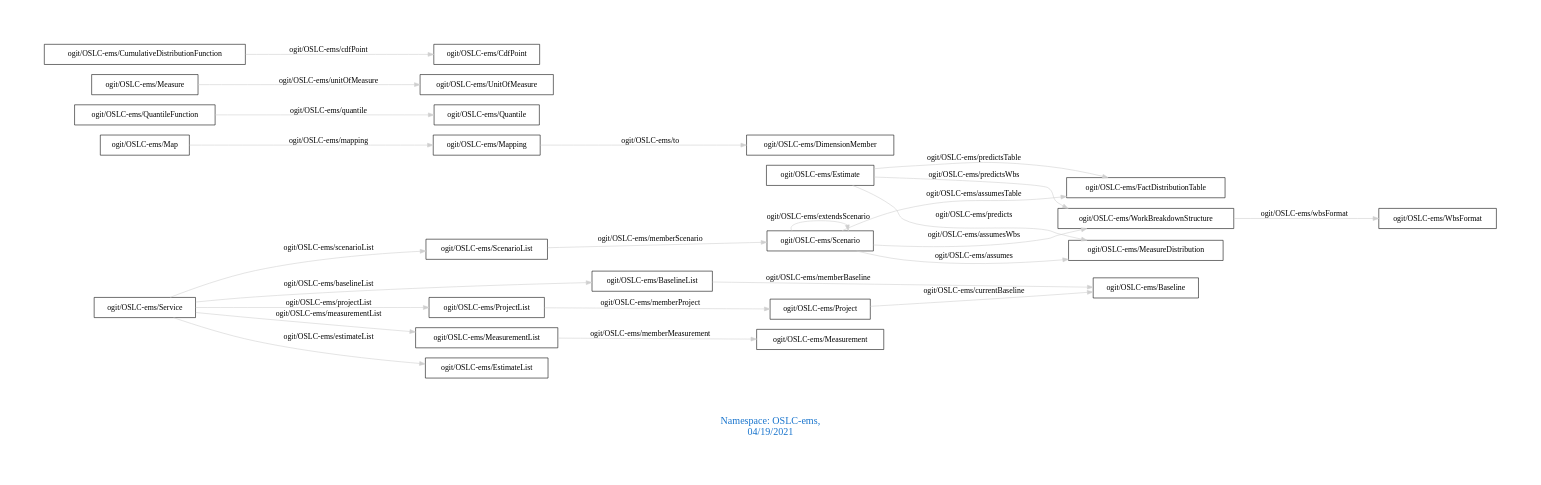
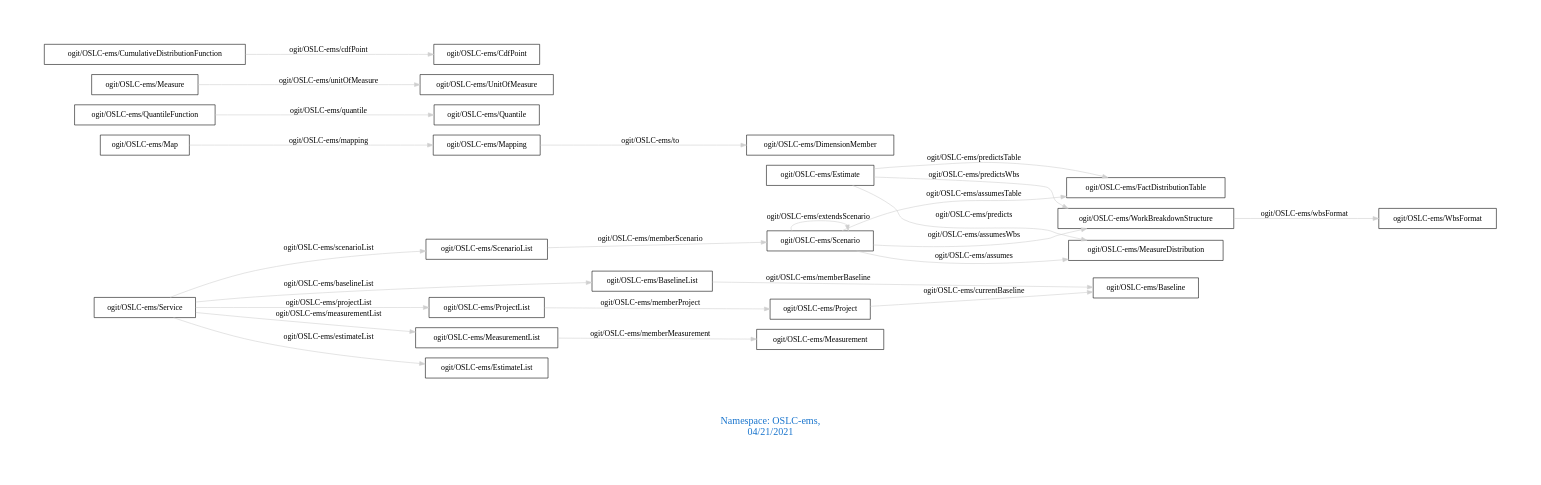
The diagram in downloads/OSLC-ems.dot (arago/OGIT), drawn with Graphviz before and after one commit. The commit also changed 1868 other files, not shown here.

```diff
--- a/downloads/OSLC-ems.dot
+++ b/downloads/OSLC-ems.dot
@@ -1,31 +1,31 @@
 digraph OGIT_ontology {
  graph [ rankdir= LR,pad=1 
 fontsize = 18,
-fontcolor= dodgerblue3,label = "\n\n\nNamespace: OSLC-ems, \n 04/19/2021"];
+fontcolor= dodgerblue3,label = "\n\n\nNamespace: OSLC-ems, \n 04/21/2021"];
 node[shape=polygon];
 edge [  color="gray81"];
 
    "ogit/OSLC-ems/Estimate" -> "ogit/OSLC-ems/MeasureDistribution" [label="   ogit/OSLC-ems/predicts    "];
    "ogit/OSLC-ems/Mapping" -> "ogit/OSLC-ems/DimensionMember" [label="   ogit/OSLC-ems/to    "];
    "ogit/OSLC-ems/Service" -> "ogit/OSLC-ems/ProjectList" [label="   ogit/OSLC-ems/projectList    "];
    "ogit/OSLC-ems/QuantileFunction" -> "ogit/OSLC-ems/Quantile" [label="   ogit/OSLC-ems/quantile    "];
    "ogit/OSLC-ems/Service" -> "ogit/OSLC-ems/ScenarioList" [label="   ogit/OSLC-ems/scenarioList    "];
    "ogit/OSLC-ems/Measure" -> "ogit/OSLC-ems/UnitOfMeasure" [label="   ogit/OSLC-ems/unitOfMeasure    "];
    "ogit/OSLC-ems/ScenarioList" -> "ogit/OSLC-ems/Scenario" [label="   ogit/OSLC-ems/memberScenario    "];
    "ogit/OSLC-ems/Estimate" -> "ogit/OSLC-ems/FactDistributionTable" [label="   ogit/OSLC-ems/predictsTable    "];
    "ogit/OSLC-ems/BaselineList" -> "ogit/OSLC-ems/Baseline" [label="   ogit/OSLC-ems/memberBaseline    "];
    "ogit/OSLC-ems/Scenario" -> "ogit/OSLC-ems/WorkBreakdownStructure" [label="   ogit/OSLC-ems/assumesWbs    "];
    "ogit/OSLC-ems/CumulativeDistributionFunction" -> "ogit/OSLC-ems/CdfPoint" [label="   ogit/OSLC-ems/cdfPoint    "];
    "ogit/OSLC-ems/Project" -> "ogit/OSLC-ems/Baseline" [label="   ogit/OSLC-ems/currentBaseline    "];
    "ogit/OSLC-ems/ProjectList" -> "ogit/OSLC-ems/Project" [label="   ogit/OSLC-ems/memberProject    "];
    "ogit/OSLC-ems/Service" -> "ogit/OSLC-ems/BaselineList" [label="   ogit/OSLC-ems/baselineList    "];
    "ogit/OSLC-ems/Estimate" -> "ogit/OSLC-ems/WorkBreakdownStructure" [label="   ogit/OSLC-ems/predictsWbs    "];
    "ogit/OSLC-ems/Map" -> "ogit/OSLC-ems/Mapping" [label="   ogit/OSLC-ems/mapping    "];
    "ogit/OSLC-ems/MeasurementList" -> "ogit/OSLC-ems/Measurement" [label="   ogit/OSLC-ems/memberMeasurement    "];
    "ogit/OSLC-ems/Service" -> "ogit/OSLC-ems/MeasurementList" [label="   ogit/OSLC-ems/measurementList    "];
    "ogit/OSLC-ems/WorkBreakdownStructure" -> "ogit/OSLC-ems/WbsFormat" [label="   ogit/OSLC-ems/wbsFormat    "];
    "ogit/OSLC-ems/Service" -> "ogit/OSLC-ems/EstimateList" [label="   ogit/OSLC-ems/estimateList    "];
    "ogit/OSLC-ems/Scenario" -> "ogit/OSLC-ems/MeasureDistribution" [label="   ogit/OSLC-ems/assumes    "];
    "ogit/OSLC-ems/Scenario" -> "ogit/OSLC-ems/FactDistributionTable" [label="   ogit/OSLC-ems/assumesTable    "];
    "ogit/OSLC-ems/Scenario" -> "ogit/OSLC-ems/Scenario" [label="   ogit/OSLC-ems/extendsScenario    "];
 }
```
